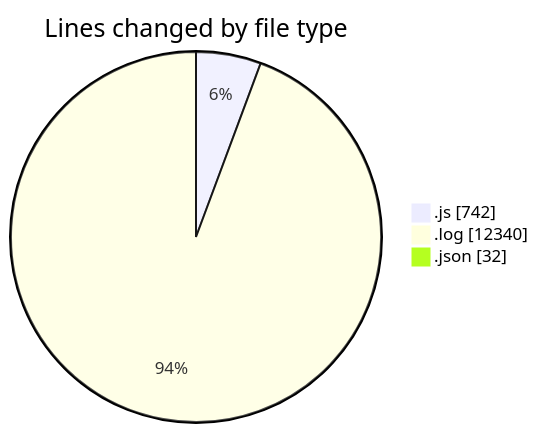
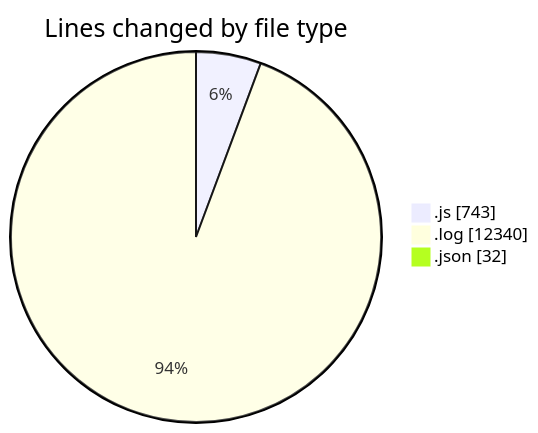
One commit to nxtqubesakshisongat/code-tracking changed the first of 2 diagrams in 2025-04-15/nxtqube_webapp/README.md. Above: the diagram before and after it, drawn with Mermaid. The commit also changed other lines of this file and 1 other file, not shown here.

````diff
--- a/2025-04-15/nxtqube_webapp/README.md
+++ b/2025-04-15/nxtqube_webapp/README.md
@@ -31,7 +31,7 @@
 ```mermaid
 pie showData
 title Lines changed by file type
-".js" : 742
+".js" : 743
 ".log" : 12340
 ".json" : 32
 ```
````
